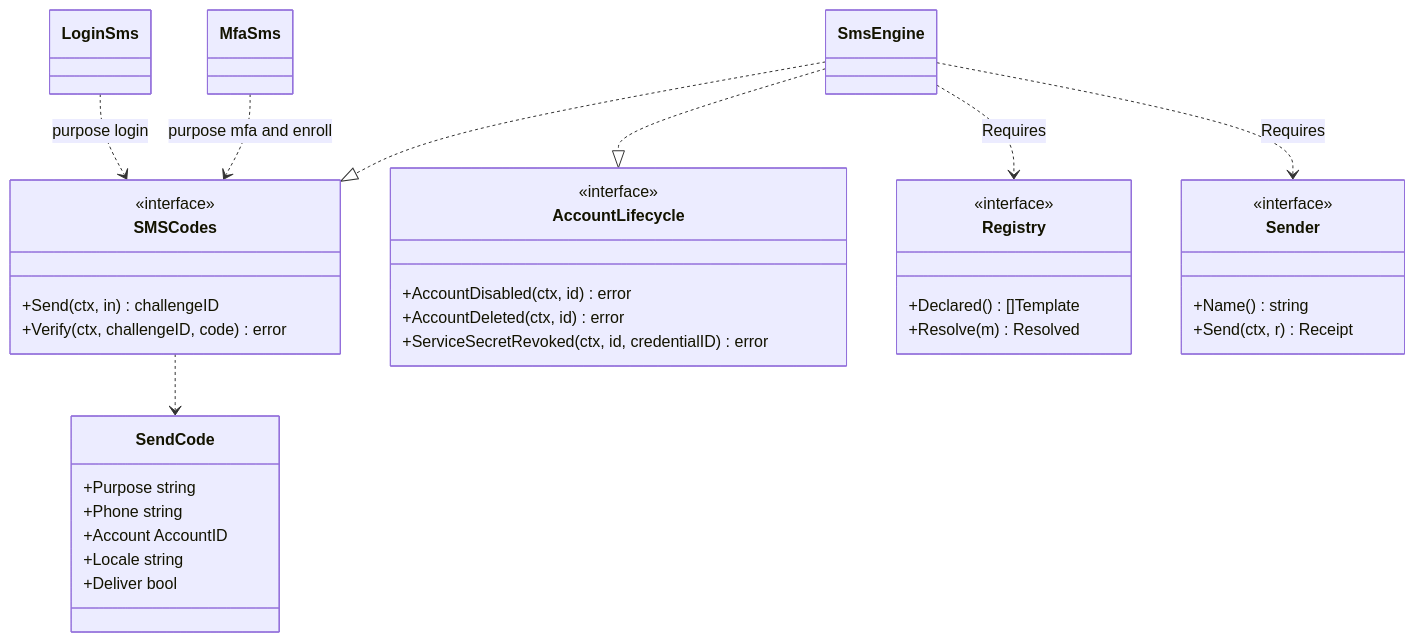
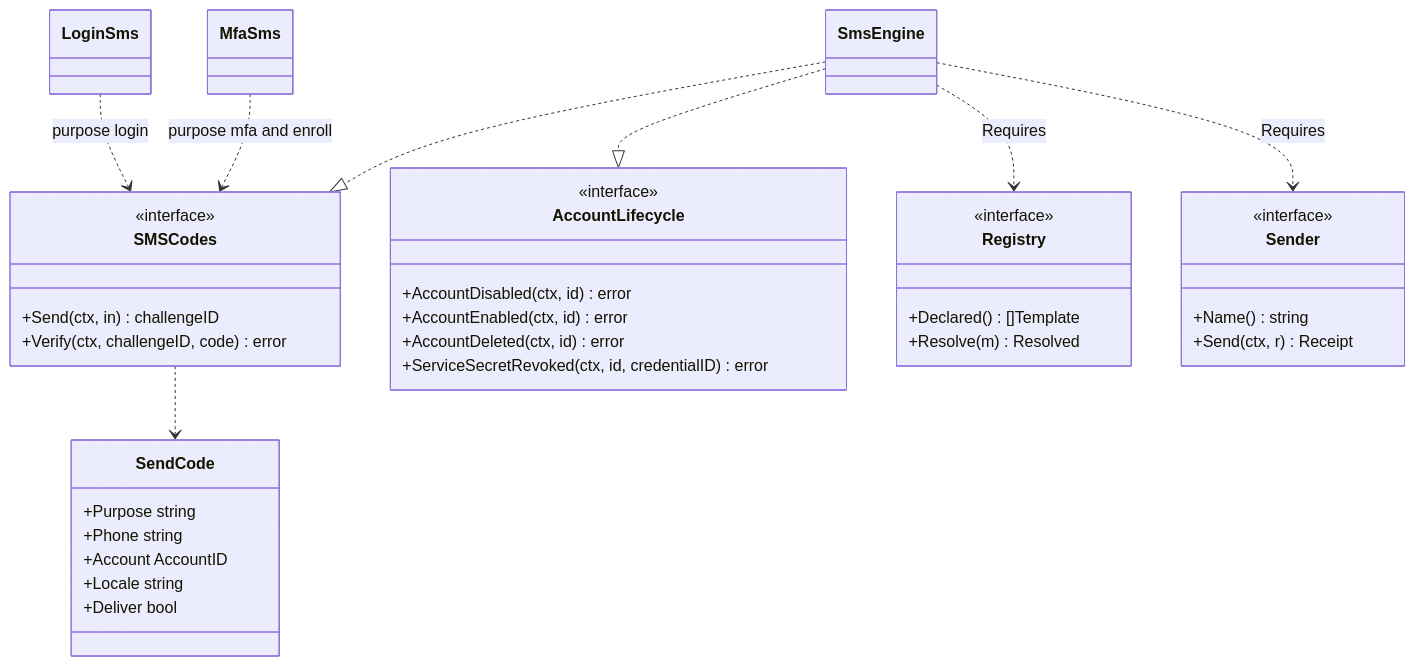
The first of 4 diagrams in docs/design/modules/authn/design-authn-sms.md (wangzw/speed), drawn with Mermaid before and after one commit. The commit also changed other lines of this file and 21 other files, not shown here.

````diff
--- a/docs/design/modules/authn/design-authn-sms.md
+++ b/docs/design/modules/authn/design-authn-sms.md
@@ -151,41 +151,42 @@
 ```mermaid
 classDiagram
     class SMSCodes {
         <<interface>>
         +Send(ctx, in) challengeID
         +Verify(ctx, challengeID, code) error
     }
     class AccountLifecycle {
         <<interface>>
         +AccountDisabled(ctx, id) error
+        +AccountEnabled(ctx, id) error
         +AccountDeleted(ctx, id) error
         +ServiceSecretRevoked(ctx, id, credentialID) error
     }
     class Registry {
         <<interface>>
         +Declared() []Template
         +Resolve(m) Resolved
     }
     class Sender {
         <<interface>>
         +Name() string
         +Send(ctx, r) Receipt
     }
     class SendCode {
         +Purpose string
         +Phone string
         +Account AccountID
         +Locale string
         +Deliver bool
     }
     class SmsEngine
     class LoginSms
     class MfaSms
     SmsEngine ..|> SMSCodes
     SmsEngine ..|> AccountLifecycle
     SmsEngine ..> Registry : Requires
     SmsEngine ..> Sender : Requires
     LoginSms ..> SMSCodes : purpose login
     MfaSms ..> SMSCodes : purpose mfa and enroll
     SMSCodes ..> SendCode
 ```
````
